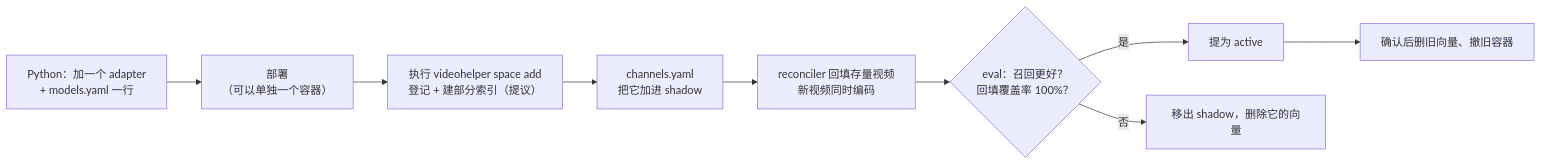
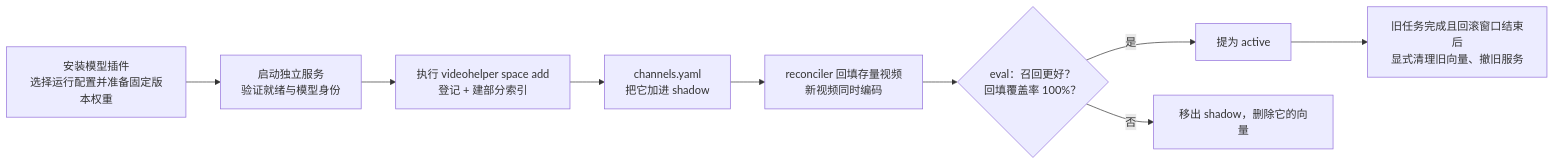
Before and after one commit to realOzine/videohelper: diagram 15 of 18 in docs/design.md, drawn with Mermaid. The commit also changed other lines of this file, not shown here.

````diff
--- a/docs/design.md
+++ b/docs/design.md
@@ -589,11 +610,11 @@
 ```mermaid
 flowchart LR
-  A["Python：加一个 adapter<br/>+ models.yaml 一行"] --> B["部署<br/>（可以单独一个容器）"]
-  B --> C["执行 videohelper space add<br/>登记 + 建部分索引（提议）"]
+  A["安装模型插件<br/>选择运行配置并准备固定版本权重"] --> B["启动独立服务<br/>验证就绪与模型身份"]
+  B --> C["执行 videohelper space add<br/>登记 + 建部分索引"]
   C --> D["channels.yaml<br/>把它加进 shadow"]
   D --> E["reconciler 回填存量视频<br/>新视频同时编码"]
   E --> F{"eval：召回更好？<br/>回填覆盖率 100%？"}
   F -->|"是"| G["提为 active"]
   F -->|"否"| H["移出 shadow，删除它的向量"]
-  G --> I["确认后删旧向量、撤旧容器"]
+  G --> I["旧任务完成且回滚窗口结束后<br/>显式清理旧向量、撤旧服务"]
 ```
````
